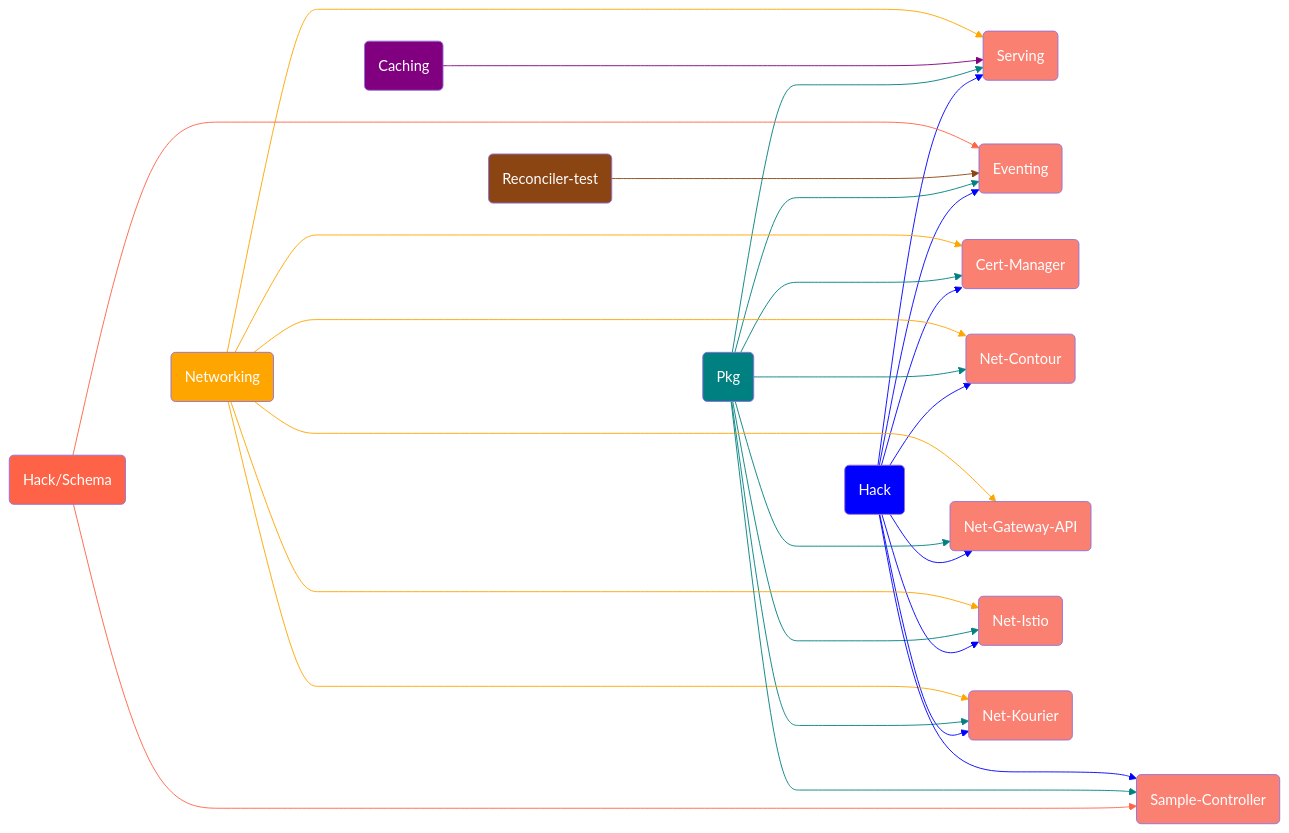
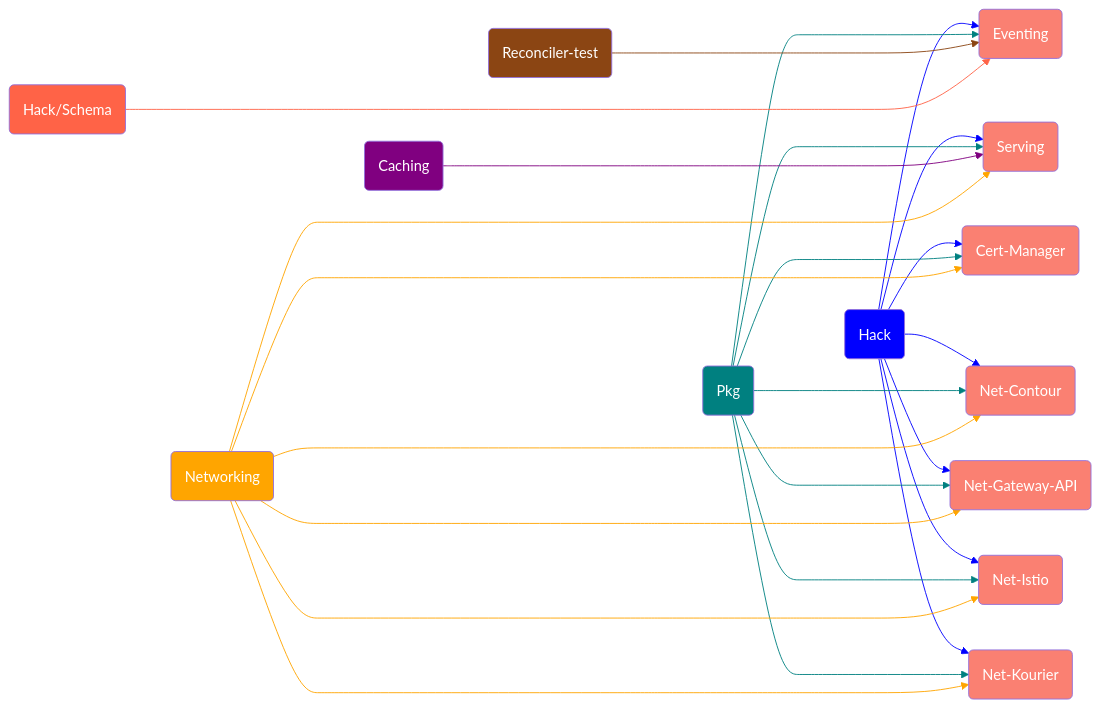
One commit to knative/release changed the second of 2 diagrams in PROCEDURES.md. Above: the diagram before and after it, drawn with Mermaid. The commit also changed other lines of this file and 7 other files, not shown here.

````diff
--- a/PROCEDURES.md
+++ b/PROCEDURES.md
@@ -332,10 +333,6 @@
 
 R(Reconciler-test)------>E(Eventing)
 HS(Hack/Schema)---------->E(Eventing)
-HS(Hack/Schema)-------->SC(Sample-Controller)
-
-P(Pkg) ---->SC(Sample-Controller)
-A(Hack)---> SC(Sample-Controller)
 
 style P fill:teal
 style P color:white
@@ -363,8 +360,6 @@
 style NK color:white
 style HS fill:tomato
 style HS color:white
-style SC fill:salmon
-style SC color:white
 
 %% Hack
 linkStyle 0 stroke-width:1px,fill:none,stroke:blue
@@ -374,7 +369,6 @@
 linkStyle 4 stroke-width:1px,fill:none,stroke:blue
 linkStyle 5 stroke-width:1px,fill:none,stroke:blue
 linkStyle 6 stroke-width:1px,fill:none,stroke:blue
-linkStyle 25 stroke-width:1px,fill:none,stroke:blue
 
 %% Pkg
 linkStyle 7 stroke-width:1px,fill:none,stroke:teal
@@ -384,7 +378,6 @@
 linkStyle 11 stroke-width:1px,fill:none,stroke:teal
 linkStyle 12 stroke-width:1px,fill:none,stroke:teal
 linkStyle 13 stroke-width:1px,fill:none,stroke:teal
-linkStyle 24 stroke-width:1px,fill:none,stroke:teal
 
 %% Caching
 linkStyle 14 stroke-width:1px,fill:none,stroke:purple
@@ -402,5 +395,4 @@
 
 %% Hack/Schema
 linkStyle 22 stroke-width:1px,fill:none,stroke:tomato
-linkStyle 23 stroke-width:1px,fill:none,stroke:tomato
 ```
````
